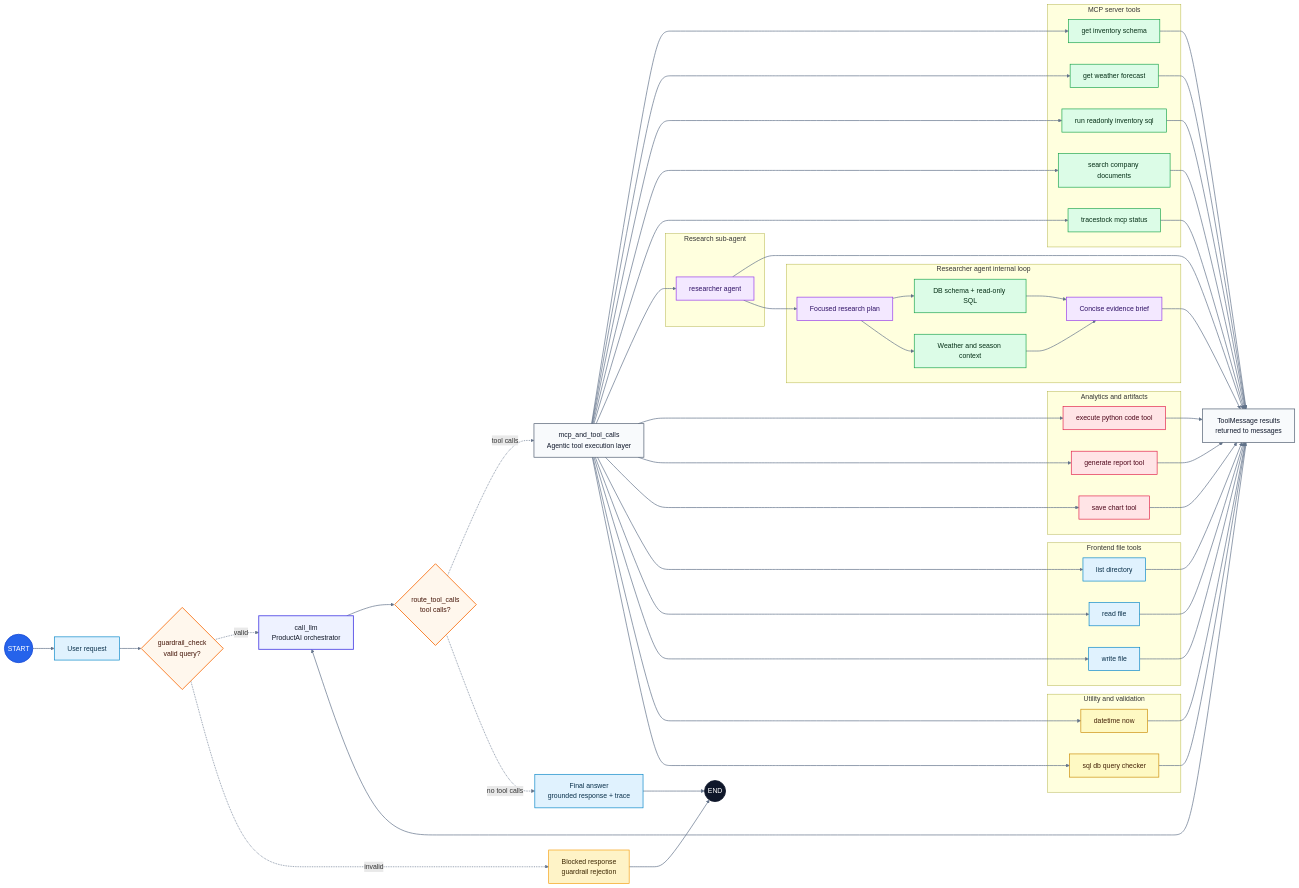
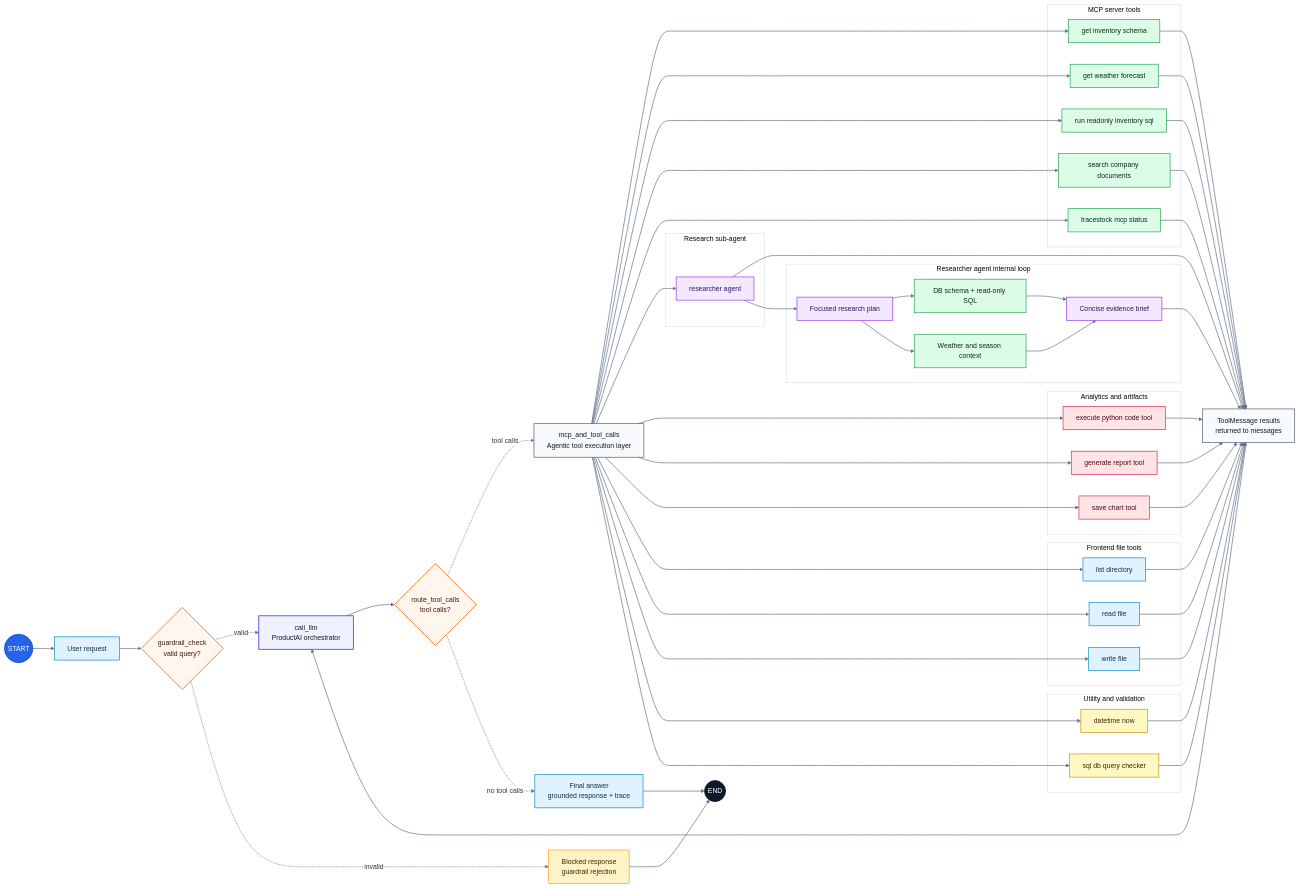
Before and after one commit to badhon1512/DevAnalystAgent: the diagram in frontend/public/generated/productai_agent_full_graph.mmd, drawn with Mermaid. The commit also changed 1 other file, not shown here.

Commit message:
add expanded agentic architecture overview

```diff
--- a/frontend/public/generated/productai_agent_full_graph.mmd
+++ b/frontend/public/generated/productai_agent_full_graph.mmd
@@ -1,113 +1,114 @@
+%%{init: {"theme": "base", "themeVariables": {"background": "#ffffff", "mainBkg": "#ffffff", "primaryColor": "#ffffff", "lineColor": "#64748b", "clusterBkg": "#ffffff", "clusterBorder": "#cbd5e1"}, "themeCSS": "svg { background: #ffffff !important; }"}}%%
 flowchart LR
     start(("START")):::startstate
     user["User request"]:::entry
     guardrails{"guardrail_check<br/>valid query?"}:::condition
     orchestrator["call_llm<br/>ProductAI orchestrator"]:::agent
     route_tools{"route_tool_calls<br/>tool calls?"}:::condition
     router["mcp_and_tool_calls<br/>Agentic tool execution layer"]:::router
     tool_result["ToolMessage results<br/>returned to messages"]:::router
     answer["Final answer<br/>grounded response + trace"]:::entry
     blocked["Blocked response<br/>guardrail rejection"]:::guardrail
     end_state(("END")):::endstate
 
     start --> user
     user --> guardrails
     guardrails -.->|valid| orchestrator
     guardrails -.->|invalid| blocked
     orchestrator --> route_tools
     route_tools -.->|tool calls| router
     route_tools -.->|no tool calls| answer
     tool_result --> orchestrator
     blocked --> end_state
     answer --> end_state
 
     subgraph mcp_group["MCP server tools"]
         tool_get_inventory_schema["get inventory schema"]:::mcp
         tool_get_weather_forecast["get weather forecast"]:::mcp
         tool_run_readonly_inventory_sql["run readonly inventory sql"]:::mcp
         tool_search_company_documents["search company documents"]:::mcp
         tool_tracestock_mcp_status["tracestock mcp status"]:::mcp
     end
 
     router --> tool_get_inventory_schema
     tool_get_inventory_schema --> tool_result
     router --> tool_get_weather_forecast
     tool_get_weather_forecast --> tool_result
     router --> tool_run_readonly_inventory_sql
     tool_run_readonly_inventory_sql --> tool_result
     router --> tool_search_company_documents
     tool_search_company_documents --> tool_result
     router --> tool_tracestock_mcp_status
     tool_tracestock_mcp_status --> tool_result
 
     subgraph research_group["Research sub-agent"]
         tool_researcher_agent["researcher agent"]:::research
     end
 
     router --> tool_researcher_agent
     tool_researcher_agent --> tool_result
 
     subgraph analysis_group["Analytics and artifacts"]
         tool_execute_python_code_tool["execute python code tool"]:::analysis
         tool_generate_report_tool["generate report tool"]:::analysis
         tool_save_chart_tool["save chart tool"]:::analysis
     end
 
     router --> tool_execute_python_code_tool
     tool_execute_python_code_tool --> tool_result
     router --> tool_generate_report_tool
     tool_generate_report_tool --> tool_result
     router --> tool_save_chart_tool
     tool_save_chart_tool --> tool_result
 
     subgraph files_group["Frontend file tools"]
         tool_list_directory["list directory"]:::files
         tool_read_file["read file"]:::files
         tool_write_file["write file"]:::files
     end
 
     router --> tool_list_directory
     tool_list_directory --> tool_result
     router --> tool_read_file
     tool_read_file --> tool_result
     router --> tool_write_file
     tool_write_file --> tool_result
 
     subgraph utility_group["Utility and validation"]
         tool_datetime_now["datetime now"]:::utility
         tool_sql_db_query_checker["sql db query checker"]:::utility
     end
 
     router --> tool_datetime_now
     tool_datetime_now --> tool_result
     router --> tool_sql_db_query_checker
     tool_sql_db_query_checker --> tool_result
 
     subgraph research_inner["Researcher agent internal loop"]
         research_plan["Focused research plan"]:::research
         research_db["DB schema + read-only SQL"]:::mcp
         research_weather["Weather and season context"]:::mcp
         research_brief["Concise evidence brief"]:::research
         research_plan --> research_db
         research_plan --> research_weather
         research_db --> research_brief
         research_weather --> research_brief
     end
 
     tool_researcher_agent --> research_plan
     research_brief --> tool_result
 
     classDef startstate fill:#2563eb,stroke:#1d4ed8,color:#ffffff,stroke-width:2px
     classDef endstate fill:#0f172a,stroke:#0f172a,color:#ffffff,stroke-width:2px
     classDef entry fill:#e0f2fe,stroke:#0284c7,color:#082f49,stroke-width:1.5px
     classDef condition fill:#fff7ed,stroke:#f97316,color:#431407,stroke-width:2px
     classDef guardrail fill:#fef3c7,stroke:#f59e0b,color:#3b2600,stroke-width:1.5px
     classDef agent fill:#eef2ff,stroke:#4f46e5,color:#111827,stroke-width:2px
     classDef router fill:#f8fafc,stroke:#475569,color:#0f172a,stroke-width:1.5px
     classDef mcp fill:#dcfce7,stroke:#16a34a,color:#052e16,stroke-width:1.5px
     classDef research fill:#f3e8ff,stroke:#9333ea,color:#2e1065,stroke-width:1.5px
     classDef analysis fill:#ffe4e6,stroke:#e11d48,color:#4c0519,stroke-width:1.5px
     classDef files fill:#e0f2fe,stroke:#0284c7,color:#082f49,stroke-width:1.5px
     classDef utility fill:#fef9c3,stroke:#ca8a04,color:#422006,stroke-width:1.5px
     classDef other fill:#e2e8f0,stroke:#64748b,color:#0f172a,stroke-width:1.5px
     linkStyle default stroke:#64748b,stroke-width:1.6px
```
